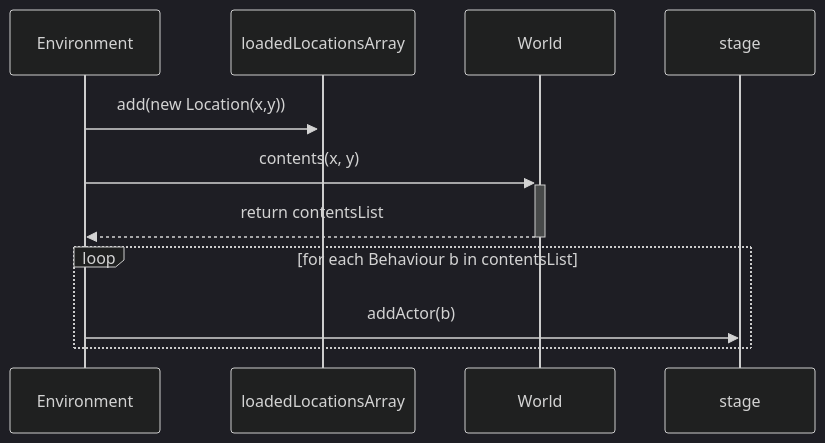
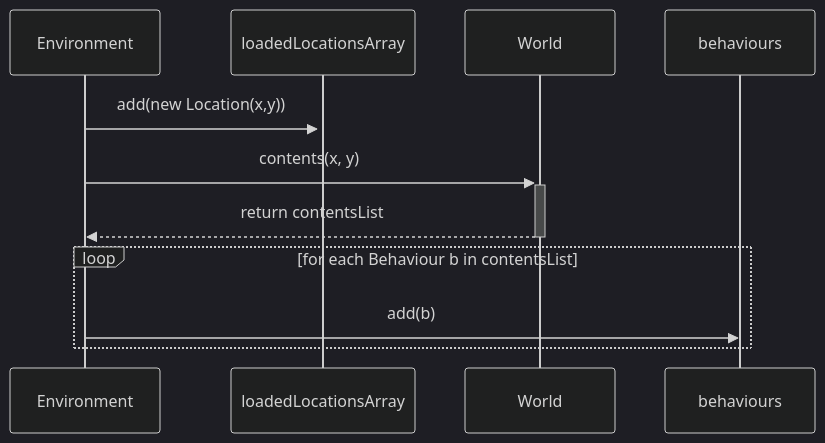
One commit to StrangeClone/GreatGame changed diagram 28 of 36 in class_design/Version_0_1.md. Above: the diagram before and after it, drawn with Mermaid (dark theme). The commit also changed other lines of this file and 24 other files, not shown here.

````diff
--- a/class_design/Version_0_1.md
+++ b/class_design/Version_0_1.md
@@ -1231,9 +1231,9 @@
 ```mermaid
 sequenceDiagram
     Environment ->>+ loadedLocationsArray : add(new Location(x,y))
     Environment ->>+ World : contents(x, y)
     World -->>- Environment : return contentsList
     loop for each Behaviour b in contentsList
-        Environment ->> stage : addActor(b)
+        Environment ->> behaviours : add(b)
     end
 ```
````
